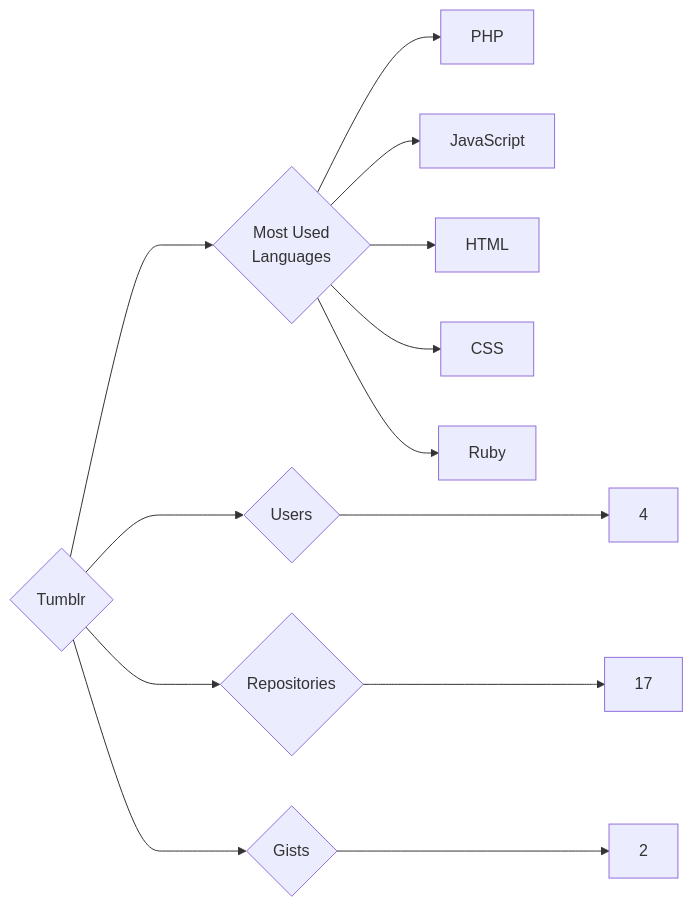
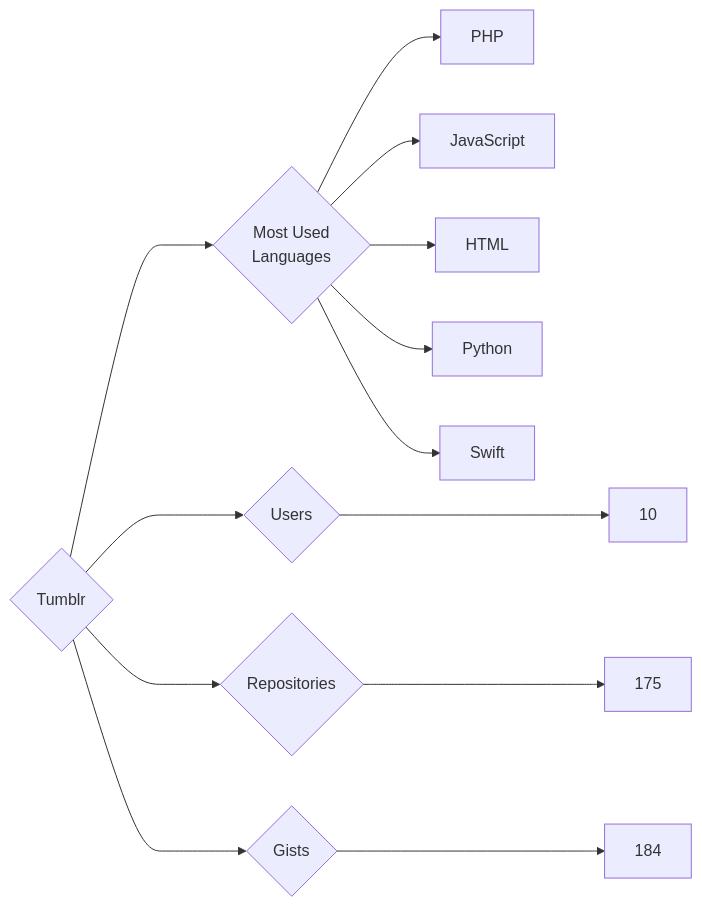
One commit to trickest/insiders changed the diagram in targets/Tumblr/README.md. Above: the diagram before and after it, drawn with Mermaid. The commit also changed 871 other files, not shown here.

````diff
--- a/targets/Tumblr/README.md
+++ b/targets/Tumblr/README.md
@@ -3,13 +3,13 @@
 ```mermaid
 graph LR
 COMPANY_NAME{Tumblr}
-COMPANY_NAME ---> U{Users} ---> UN[4]
-COMPANY_NAME ---> R{Repositories} ---> RN[17]
-COMPANY_NAME ---> G{Gists} ---> GN[2]
+COMPANY_NAME ---> U{Users} ---> UN[10]
+COMPANY_NAME ---> R{Repositories} ---> RN[175]
+COMPANY_NAME ---> G{Gists} ---> GN[184]
 COMPANY_NAME ---> ML{Most Used<br>Languages}
 ML --> PHP[PHP]
 ML --> JavaScript[JavaScript]
 ML --> HTML[HTML]
-ML --> CSS[CSS]
-ML --> Ruby[Ruby]
+ML --> Python[Python]
+ML --> Swift[Swift]
 ```
````
